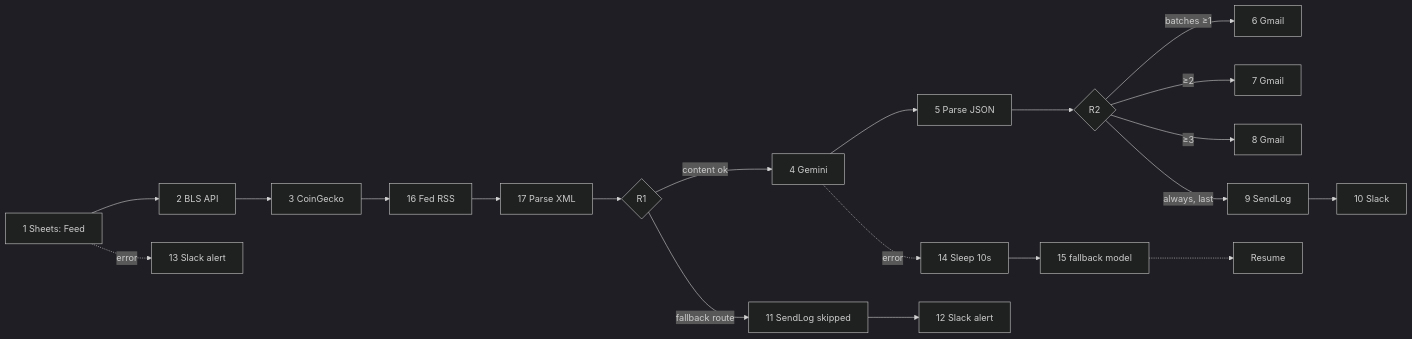
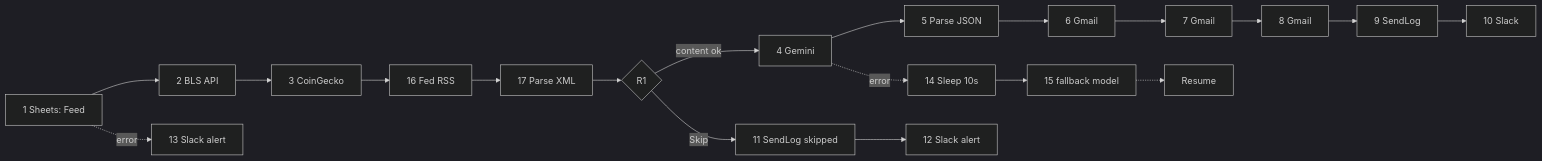
One commit to notm33na/morningmarket changed the second of 2 diagrams in docs/ARCHITECTURE.md. Above: the diagram before and after it, drawn with Mermaid (dark theme). The commit also changed other lines of this file and 27 other files, not shown here.

````diff
--- a/docs/ARCHITECTURE.md
+++ b/docs/ARCHITECTURE.md
@@ -24,12 +24,8 @@
 ```mermaid
 flowchart LR
   M1[1 Sheets: Feed] --> M2[2 BLS API] --> M3[3 CoinGecko] --> M16[16 Fed RSS] --> M17[17 Parse XML] --> R1{R1}
-  R1 -->|content ok| M4[4 Gemini] --> M5[5 Parse JSON] --> R2{R2}
-  R2 -->|batches ≥1| M6[6 Gmail]
-  R2 -->|≥2| M7[7 Gmail]
-  R2 -->|≥3| M8[8 Gmail]
-  R2 -->|always, last| M9[9 SendLog] --> M10[10 Slack]
-  R1 -->|fallback route| M11[11 SendLog skipped] --> M12[12 Slack alert]
+  R1 -->|content ok| M4[4 Gemini] --> M5[5 Parse JSON] --> M6[6 Gmail] --> M7[7 Gmail] --> M8[8 Gmail] --> M9[9 SendLog] --> M10[10 Slack]
+  R1 -->|Skip| M11[11 SendLog skipped] --> M12[12 Slack alert]
   M1 -.error.-> M13[13 Slack alert]
   M4 -.error.-> S1[14 Sleep 10s] --> M4r[15 fallback model] -.-> RES[Resume]
 ```
````
